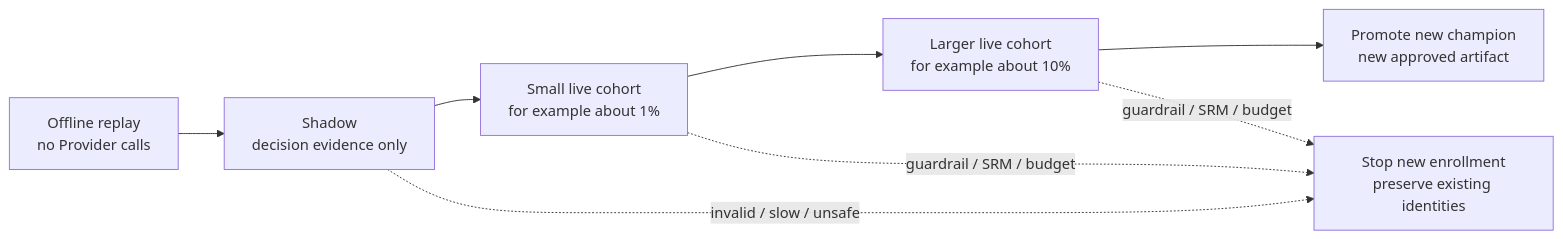
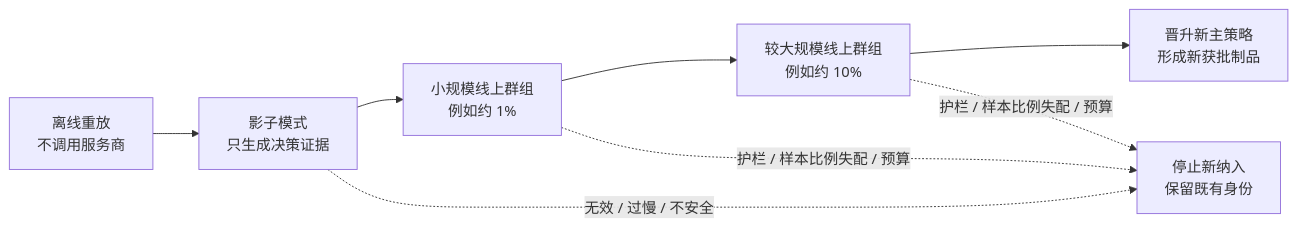
One commit to YouEclipse/Designing-Modern-Payment-Systems changed the second of 3 diagrams in part-4-operating-at-scale/experimentation.md. Above: the diagram before and after it, drawn with Mermaid. The commit also changed other lines of this file and 59 other files, not shown here.

````diff
--- a/part-4-operating-at-scale/experimentation.md
+++ b/part-4-operating-at-scale/experimentation.md
@@ -236,10 +236,10 @@
 ```mermaid
 flowchart LR
-    Offline["Offline replay<br/>no Provider calls"] --> Shadow["Shadow<br/>decision evidence only"]
-    Shadow --> Small["Small live cohort<br/>for example about 1%"]
-    Small --> Ramp["Larger live cohort<br/>for example about 10%"]
-    Ramp --> Champion["Promote new champion<br/>new approved artifact"]
-    Shadow -.->|"invalid / slow / unsafe"| Stop["Stop new enrollment<br/>preserve existing identities"]
-    Small -.->|"guardrail / SRM / budget"| Stop
-    Ramp -.->|"guardrail / SRM / budget"| Stop
+    Offline["离线重放<br/>不调用服务商"] --> Shadow["影子模式<br/>只生成决策证据"]
+    Shadow --> Small["小规模线上群组<br/>例如约 1%"]
+    Small --> Ramp["较大规模线上群组<br/>例如约 10%"]
+    Ramp --> Champion["晋升新主策略<br/>形成新获批制品"]
+    Shadow -.->|"无效 / 过慢 / 不安全"| Stop["停止新纳入<br/>保留既有身份"]
+    Small -.->|"护栏 / 样本比例失配 / 预算"| Stop
+    Ramp -.->|"护栏 / 样本比例失配 / 预算"| Stop
 ```
````
